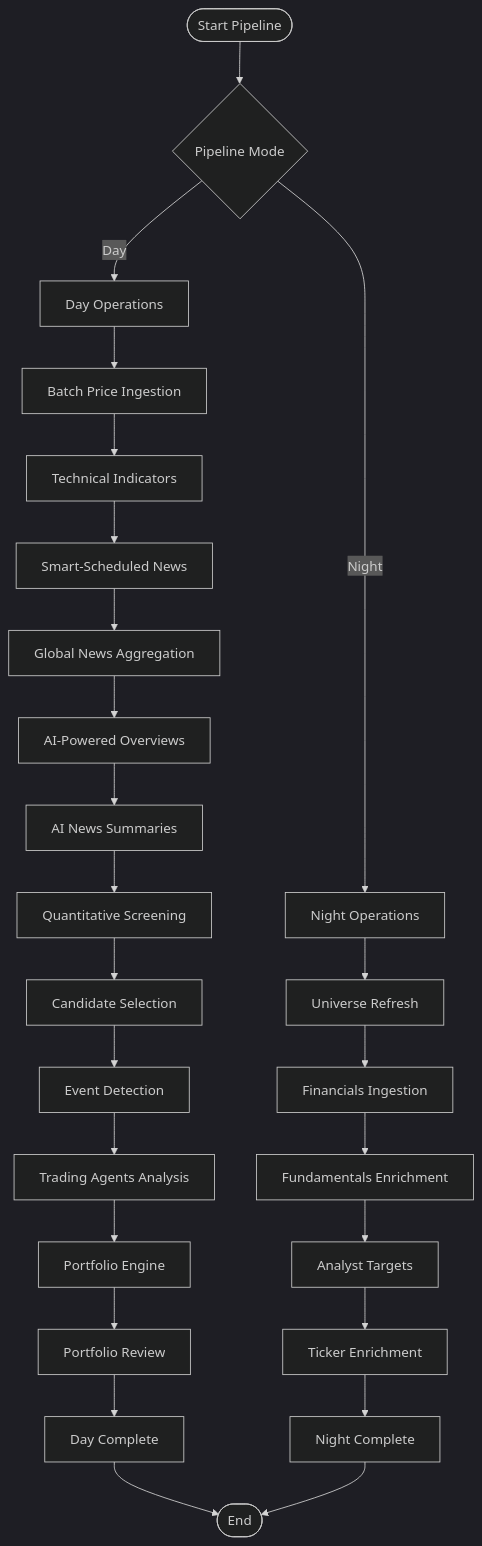
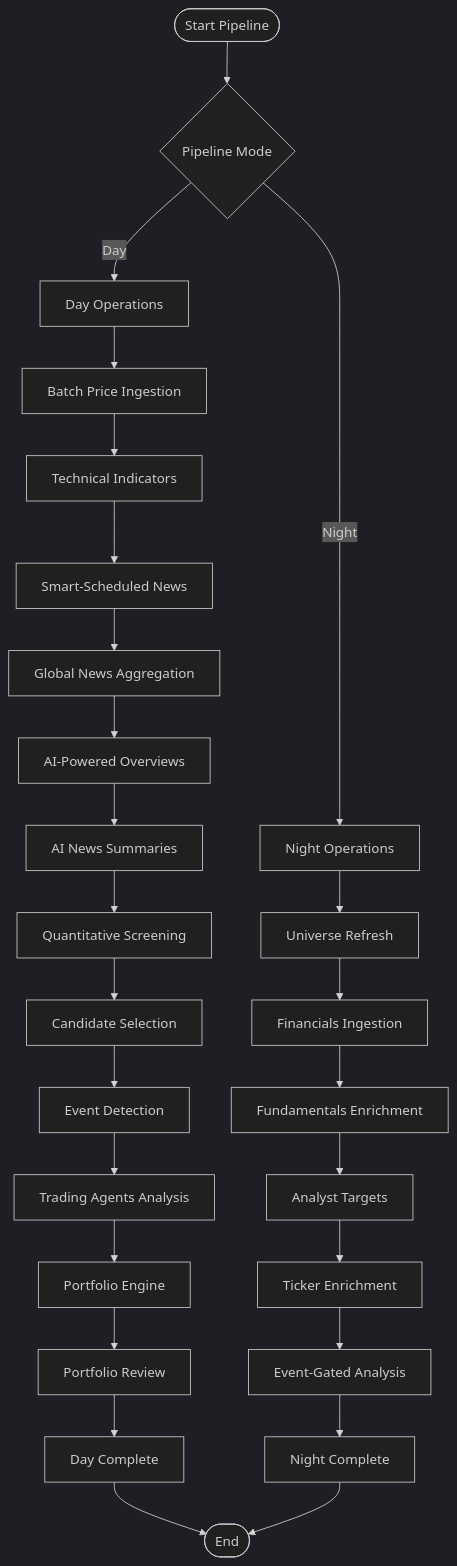
One commit to ZengSeng/telegram-bot changed diagram 12 of 21 in .qoder/repowiki/en/content/Core Components/Data Engineering Module/Data Engineering Module.md. Above: the diagram before and after it, drawn with Mermaid (dark theme). The commit also changed other lines of this file and 22 other files, not shown here.

````diff
--- a/.qoder/repowiki/en/content/Core Components/Data Engineering Module/Data Engineering Module.md
+++ b/.qoder/repowiki/en/content/Core Components/Data Engineering Module/Data Engineering Module.md
@@ -757,27 +773,28 @@
 ```mermaid
 flowchart TD
 Start(["Start Pipeline"]) --> CheckMode{"Pipeline Mode"}
 CheckMode --> |Day| DayOps["Day Operations"]
 CheckMode --> |Night| NightOps["Night Operations"]
 DayOps --> Prices["Batch Price Ingestion"]
 Prices --> Technicals["Technical Indicators"]
 Technicals --> News["Smart-Scheduled News"]
 News --> GlobalNews["Global News Aggregation"]
 GlobalNews --> AIOverviews["AI-Powered Overviews"]
 AIOverviews --> Summaries["AI News Summaries"]
 Summaries --> Screening["Quantitative Screening"]
 Screening --> Candidates["Candidate Selection"]
 Candidates --> Events["Event Detection"]
 Events --> TradingAgents["Trading Agents Analysis"]
 TradingAgents --> PortfolioEngine["Portfolio Engine"]
 PortfolioEngine --> PortfolioReview["Portfolio Review"]
 PortfolioReview --> DayComplete["Day Complete"]
 NightOps --> UniverseRefresh["Universe Refresh"]
 UniverseRefresh --> Financials["Financials Ingestion"]
 Financials --> Fundamentals["Fundamentals Enrichment"]
 Fundamentals --> AnalystTargets["Analyst Targets"]
 AnalystTargets --> TickerEnriched["Ticker Enrichment"]
-TickerEnriched --> NightComplete["Night Complete"]
+TickerEnriched --> NightAnalysis["Event-Gated Analysis"]
+NightAnalysis --> NightComplete["Night Complete"]
 DayComplete --> End(["End"])
 NightComplete --> End
 ```
````
